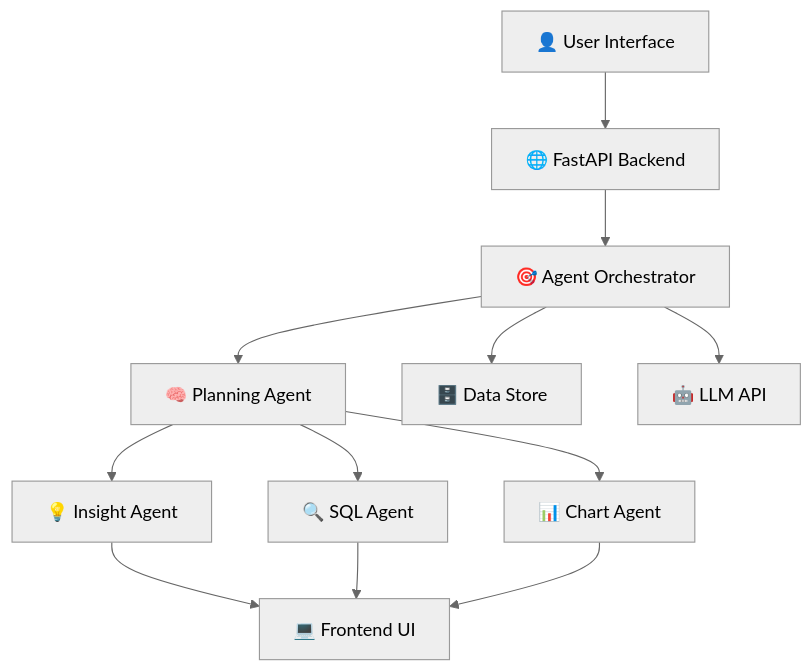
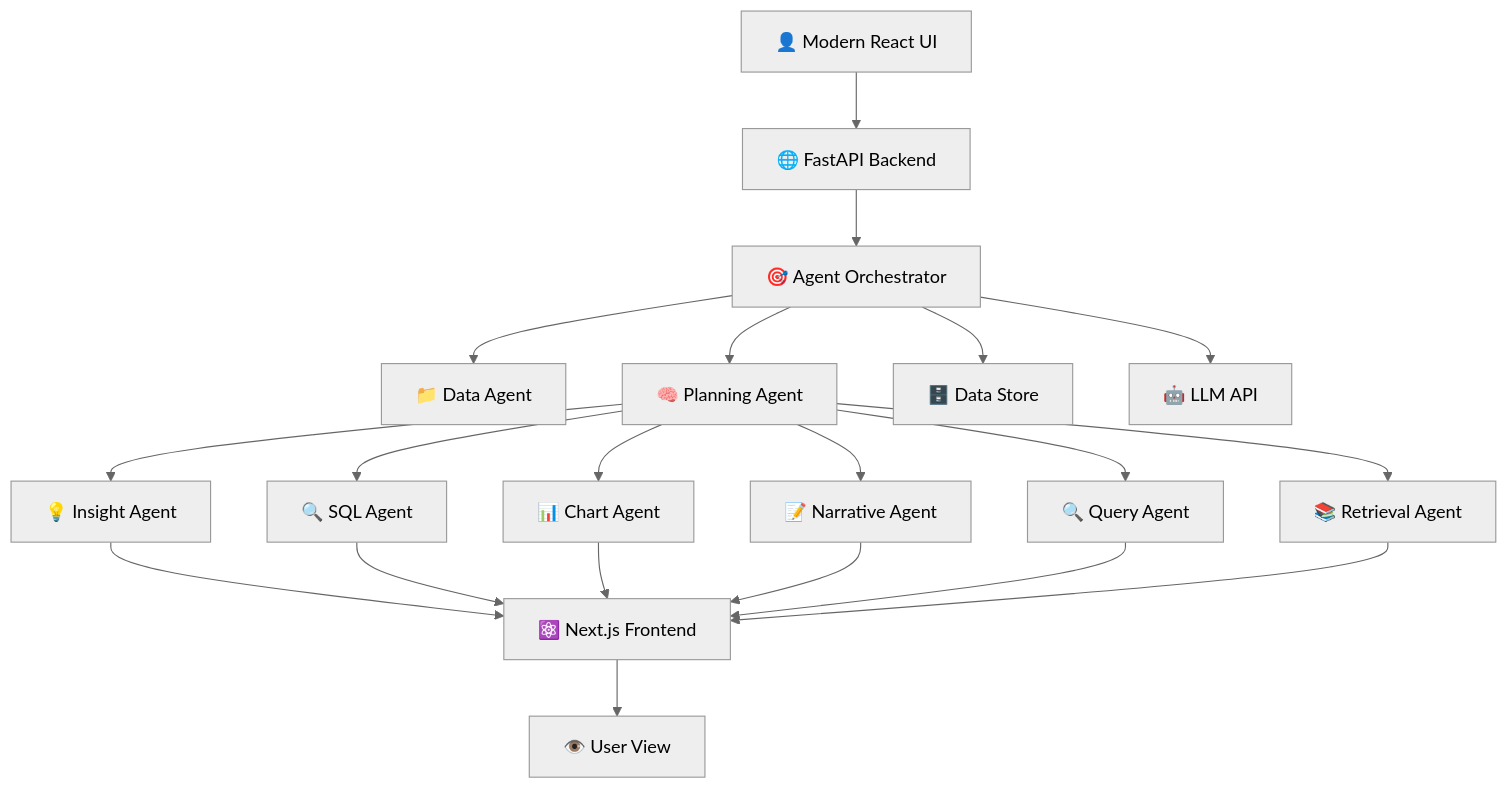
One commit to MlvPrasadOfficial/enterprise-insights-copilot changed the second of 2 diagrams in README.md. Above: the diagram before and after it, drawn with Mermaid (neutral theme). The commit also changed other lines of this file and 24 other files, not shown here.

````diff
--- a/README.md
+++ b/README.md
@@ -261,14 +305,17 @@
 ```mermaid
 flowchart TD
-    A[👤 User Interface] --> B[🌐 FastAPI Backend]
+    A[👤 Modern React UI] --> B[🌐 FastAPI Backend]
     B --> C[🎯 Agent Orchestrator]
-    C --> D1[🧠 Planning Agent]
-    D1 --> E1[💡 Insight Agent]
-    D1 --> E2[🔍 SQL Agent]
-    D1 --> E3[📊 Chart Agent]
+    C --> D1[📁 Data Agent]
+    C --> D2[🧠 Planning Agent]
+    D2 --> E1[💡 Insight Agent]
+    D2 --> E2[🔍 SQL Agent]
+    D2 --> E3[📊 Chart Agent]
+    D2 --> E4[📝 Narrative Agent]
+    D2 --> E5[🔍 Query Agent]
+    D2 --> E6[📚 Retrieval Agent]
     C --> F[🗄️ Data Store]
     C --> G[🤖 LLM API]
-    E1 --> H[💻 Frontend UI]
-    E2 --> H
-    E3 --> H
+    E1 & E2 & E3 & E4 & E5 & E6 --> H[⚛️ Next.js Frontend]
+    H --> I[👁️ User View]
 ```
````
